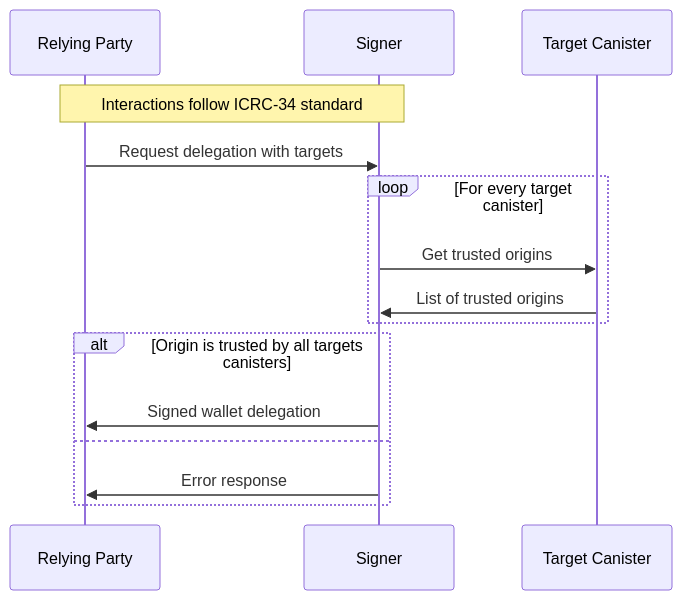
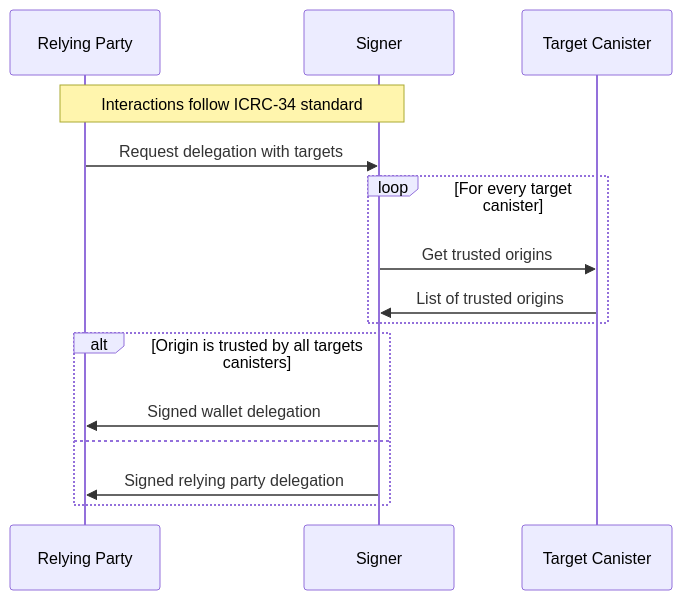
One commit to dfinity/wg-identity-authentication changed the diagram in topics/icrc_28_trusted_origins.md. Above: the diagram before and after it, drawn with Mermaid.

Commit message:
don't return error

````diff
--- a/topics/icrc_28_trusted_origins.md
+++ b/topics/icrc_28_trusted_origins.md
@@ -53,17 +53,17 @@
 ```mermaid
 sequenceDiagram
     participant RP as Relying Party
     participant S as Signer
     participant C as Target Canister
     Note over RP, S: Interactions follow ICRC-34 standard
     RP ->> S: Request delegation with targets
     loop For every target canister
         S ->> C: Get trusted origins
         C ->> S: List of trusted origins
     end
     alt Origin is trusted by all targets canisters
         S ->> RP: Signed wallet delegation
     else
-        S ->> RP: Error response
+        S ->> RP: Signed relying party delegation
     end
 ```
````
